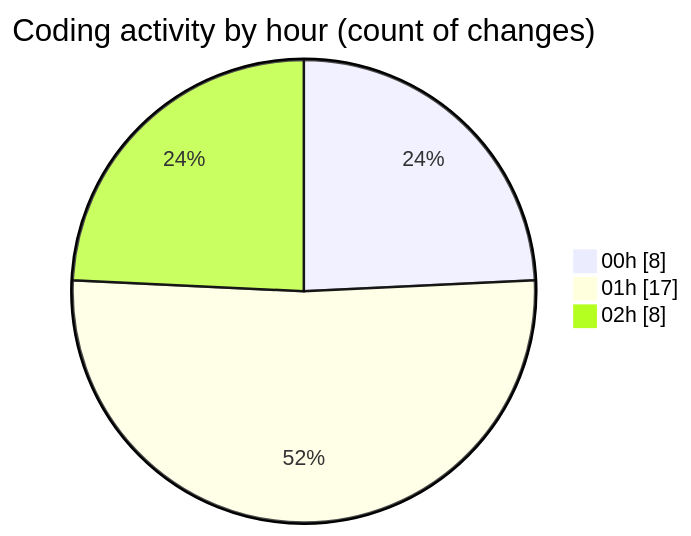
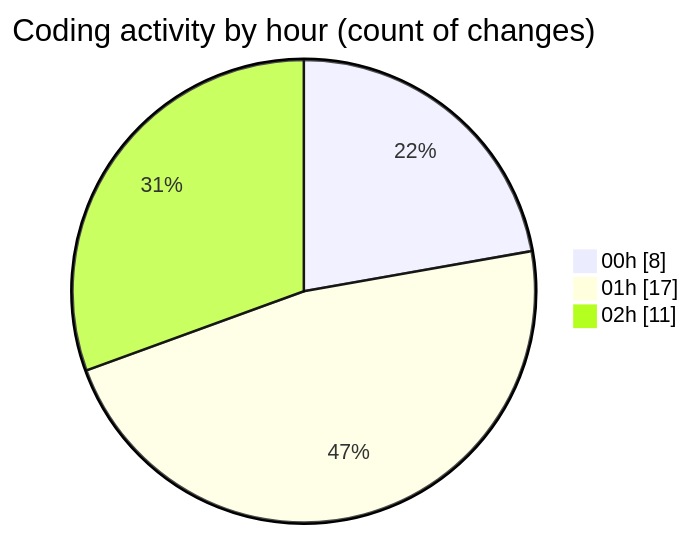
The second of 2 diagrams in 2025-05-02/niten/README.md (Elitesun/code-tracking), drawn with Mermaid before and after one commit. The commit also changed other lines of this file and 1 other file, not shown here.

````diff
--- a/2025-05-02/niten/README.md
+++ b/2025-05-02/niten/README.md
@@ -41,7 +41,7 @@
 ```mermaid
 pie showData
 title Coding activity by hour (count of changes)
 "00h" : 8
 "01h" : 17
-"02h" : 8
+"02h" : 11
 ```
````
